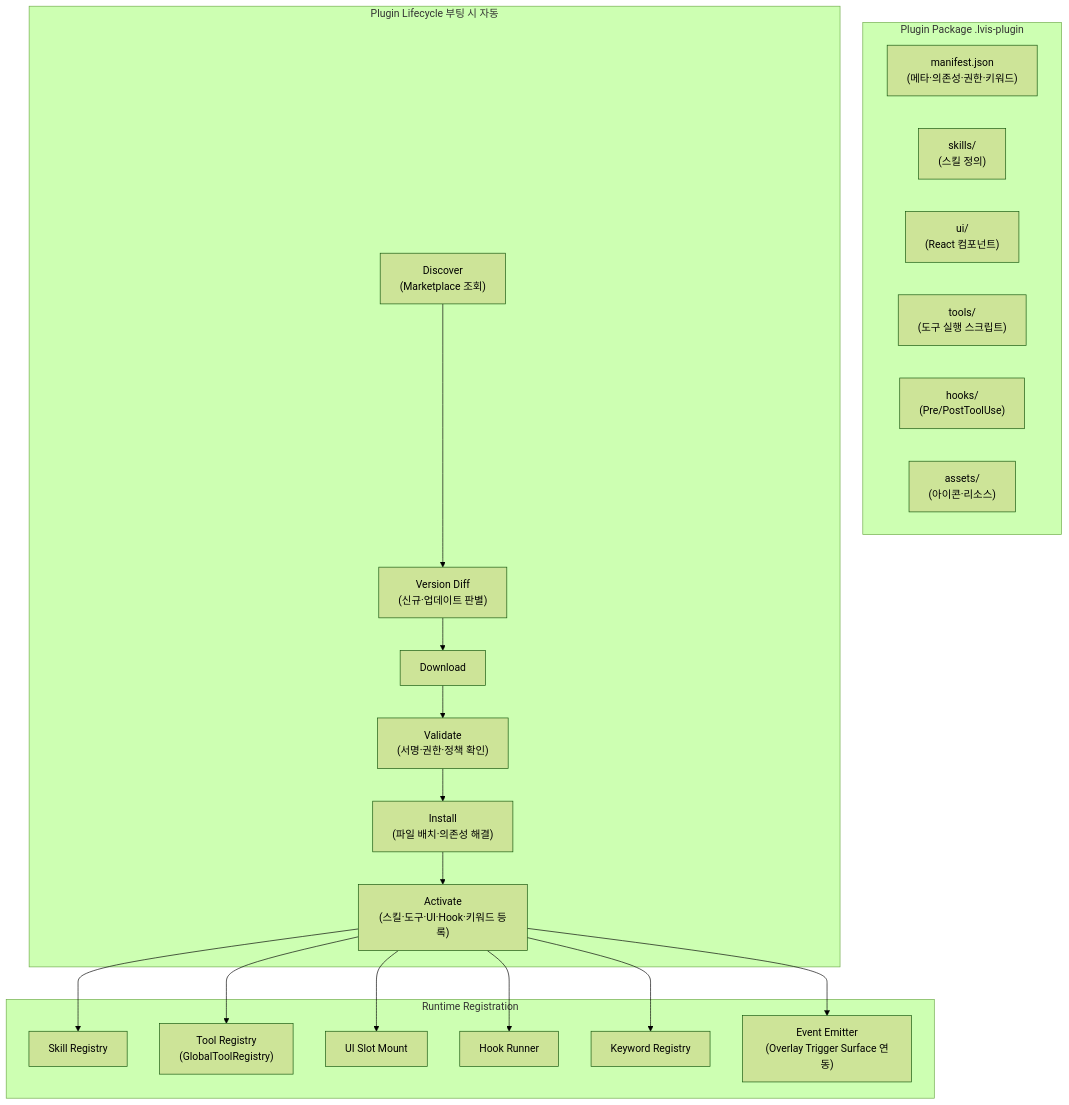
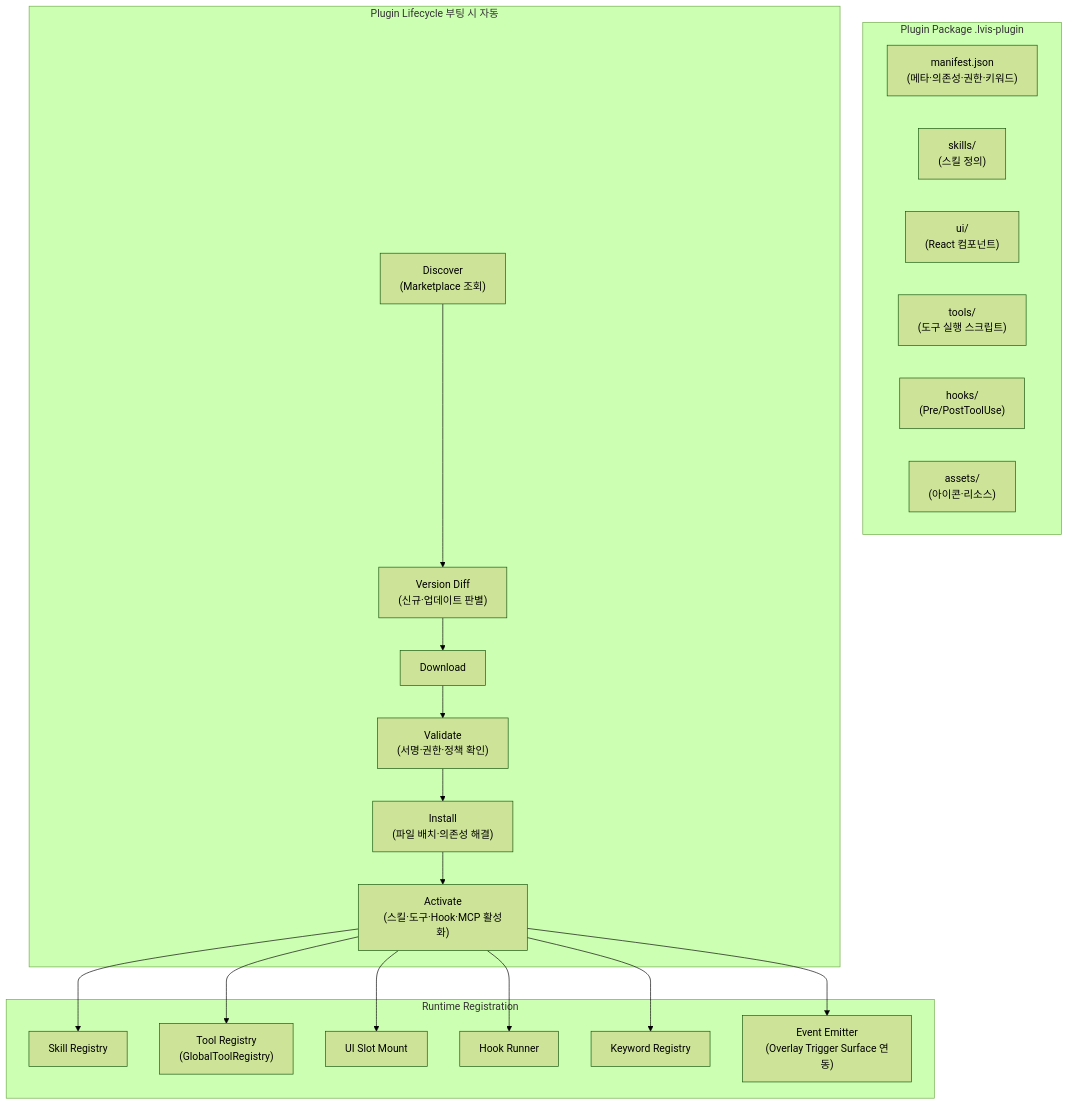
Before and after one commit to lvis-project/lvis-app: diagram 27 of 44 in docs/ko/architecture/architecture.md, drawn with Mermaid (forest theme). The commit also changed 2 other files, not shown here.

Commit message:
docs(plugins): remove retired keyword activation guidance
Local validation guidance must reflect the current Tool-only runtime and atomic Skill/Tool/Hook/MCP activation contract instead of suggesting the removed keyword registration path still exists.

Constraint: Retired plugin contracts remain documentation-only history, never active guidance.\nTested: git diff --check; repository-wide retired keyword registration scan.

````diff
--- a/docs/ko/architecture/architecture.md
+++ b/docs/ko/architecture/architecture.md
@@ -2939,38 +2939,38 @@
 ```mermaid
 graph TB
     subgraph "Plugin Package .lvis-plugin"
         MANIFEST["manifest.json<br/>(메타·의존성·권한·키워드)"]
         SKILLS["skills/<br/>(스킬 정의)"]
         UI_COMP["ui/<br/>(React 컴포넌트)"]
         TOOLS["tools/<br/>(도구 실행 스크립트)"]
         HOOKS["hooks/<br/>(Pre/PostToolUse)"]
         ASSETS["assets/<br/>(아이콘·리소스)"]
     end
 
     subgraph "Plugin Lifecycle 부팅 시 자동"
         DISCOVER["Discover<br/>(Marketplace 조회)"]
         DIFF["Version Diff<br/>(신규·업데이트 판별)"]
         DOWNLOAD["Download"]
         VALIDATE["Validate<br/>(서명·권한·정책 확인)"]
         INSTALL["Install<br/>(파일 배치·의존성 해결)"]
-        ACTIVATE["Activate<br/>(스킬·도구·UI·Hook·키워드 등록)"]
+        ACTIVATE["Activate<br/>(스킬·도구·Hook·MCP 활성화)"]
 
         DISCOVER --> DIFF --> DOWNLOAD --> VALIDATE --> INSTALL --> ACTIVATE
     end
 
     subgraph "Runtime Registration"
         SKILL_REG["Skill Registry"]
         TOOL_REG["Tool Registry<br/>(GlobalToolRegistry)"]
         UI_MOUNT["UI Slot Mount"]
         HOOK_REG["Hook Runner"]
         KW_REG["Keyword Registry"]
         EVENT_REG["Event Emitter<br/>(Overlay Trigger Surface 연동)"]
     end
 
     ACTIVATE --> SKILL_REG
     ACTIVATE --> TOOL_REG
     ACTIVATE --> UI_MOUNT
     ACTIVATE --> HOOK_REG
     ACTIVATE --> KW_REG
     ACTIVATE --> EVENT_REG
 ```
````
